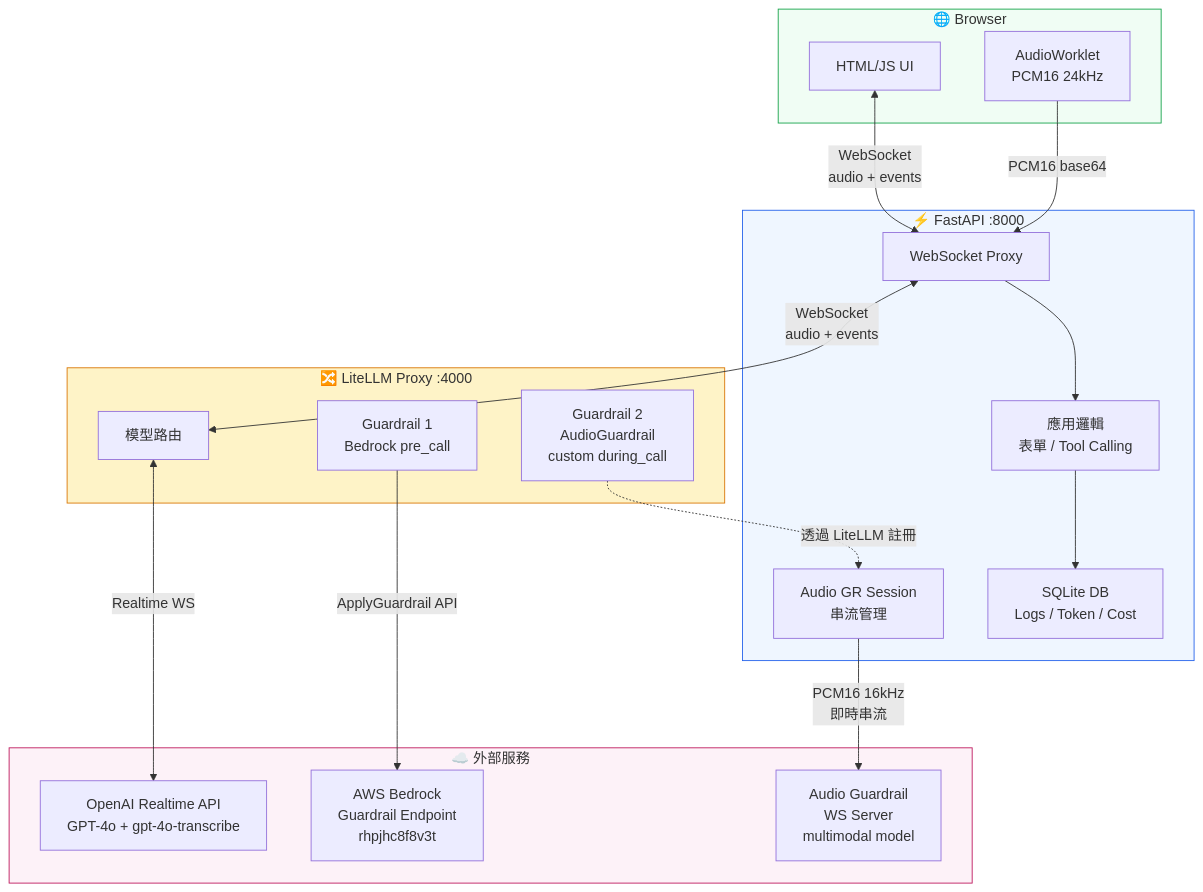
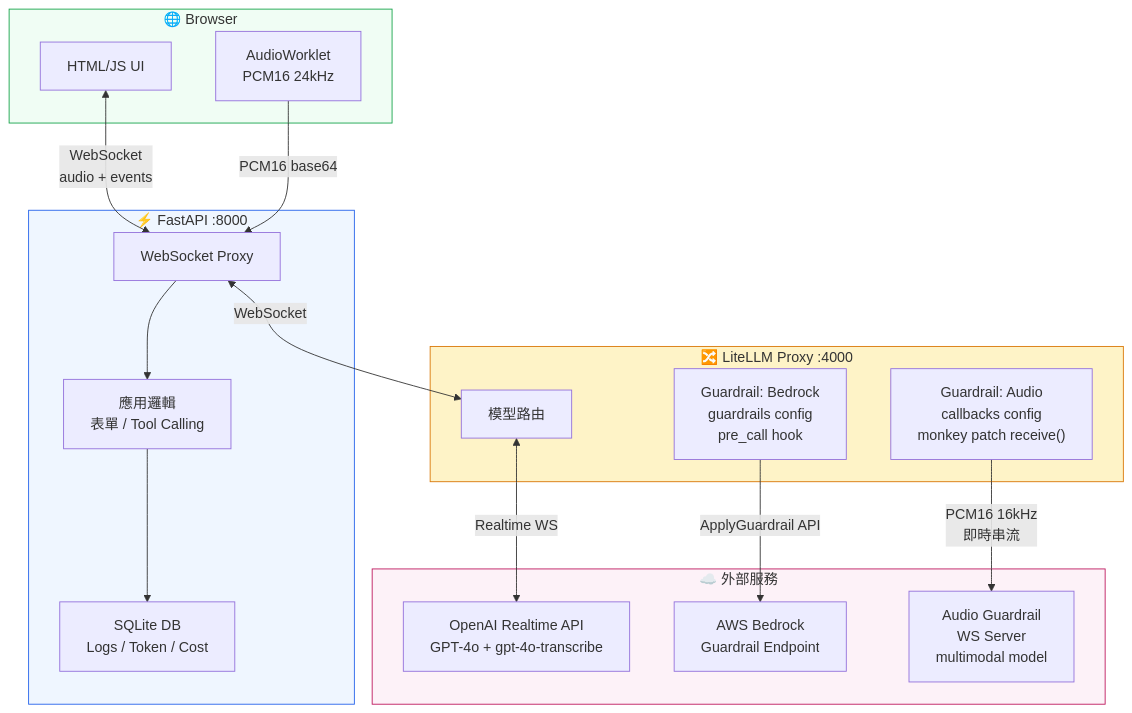
One commit to vic4code/speech-form-filling-demo changed the first of 4 diagrams in ARCHITECTURE.md. Above: the diagram before and after it, drawn with Mermaid. The commit also changed other lines of this file and 1 other file, not shown here.

First line of the commit message:
Update architecture diagrams to reflect monkey patch approach

````diff
--- a/ARCHITECTURE.md
+++ b/ARCHITECTURE.md
@@ -5,43 +5,41 @@
 ```mermaid
 graph TB
     subgraph Browser["🌐 Browser"]
         UI["HTML/JS UI"]
         AW["AudioWorklet<br/>PCM16 24kHz"]
     end
 
     subgraph FastAPI["⚡ FastAPI :8000"]
         Proxy["WebSocket Proxy"]
         App["應用邏輯<br/>表單 / Tool Calling"]
         DB["SQLite DB<br/>Logs / Token / Cost"]
-        AGR["Audio GR Session<br/>串流管理"]
     end
 
     subgraph LiteLLM["🔀 LiteLLM Proxy :4000"]
         Router["模型路由"]
-        GR1["Guardrail 1<br/>Bedrock pre_call"]
-        GR2["Guardrail 2<br/>AudioGuardrail<br/>custom during_call"]
+        GR_Bedrock["Guardrail: Bedrock<br/>guardrails config<br/>pre_call hook"]
+        GR_Audio["Guardrail: Audio<br/>callbacks config<br/>monkey patch receive()"]
     end
 
     subgraph External["☁️ 外部服務"]
         OpenAI["OpenAI Realtime API<br/>GPT-4o + gpt-4o-transcribe"]
-        Bedrock["AWS Bedrock<br/>Guardrail Endpoint<br/>rhpjhc8f8v3t"]
+        Bedrock["AWS Bedrock<br/>Guardrail Endpoint"]
         AudioWS["Audio Guardrail<br/>WS Server<br/>multimodal model"]
     end
 
     UI <-->|"WebSocket<br/>audio + events"| Proxy
     AW -->|"PCM16 base64"| Proxy
-    Proxy <-->|"WebSocket<br/>audio + events"| Router
-    AGR -->|"PCM16 16kHz<br/>即時串流"| AudioWS
+    Proxy <-->|"WebSocket"| Router
 
     Router <-->|"Realtime WS"| OpenAI
-    GR1 -->|"ApplyGuardrail API"| Bedrock
-    GR2 -.->|"透過 LiteLLM 註冊"| AGR
+    GR_Bedrock -->|"ApplyGuardrail API"| Bedrock
+    GR_Audio -->|"PCM16 16kHz<br/>即時串流"| AudioWS
 
     Proxy --> App
     App --> DB
 
     style Browser fill:#f0fdf4,stroke:#16a34a
     style FastAPI fill:#eff6ff,stroke:#2563eb
     style LiteLLM fill:#fef3c7,stroke:#d97706
     style External fill:#fdf2f8,stroke:#be185d
 ```
````
